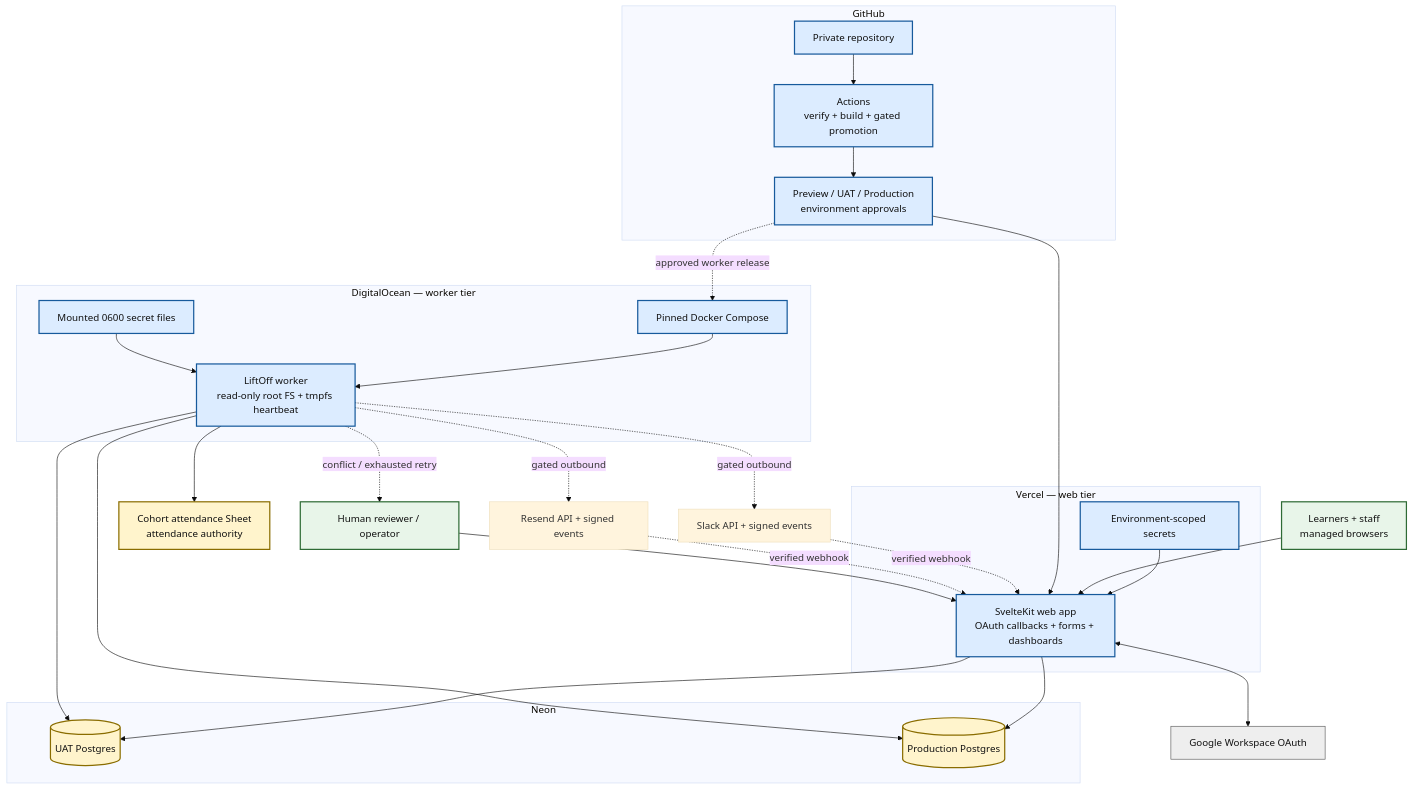
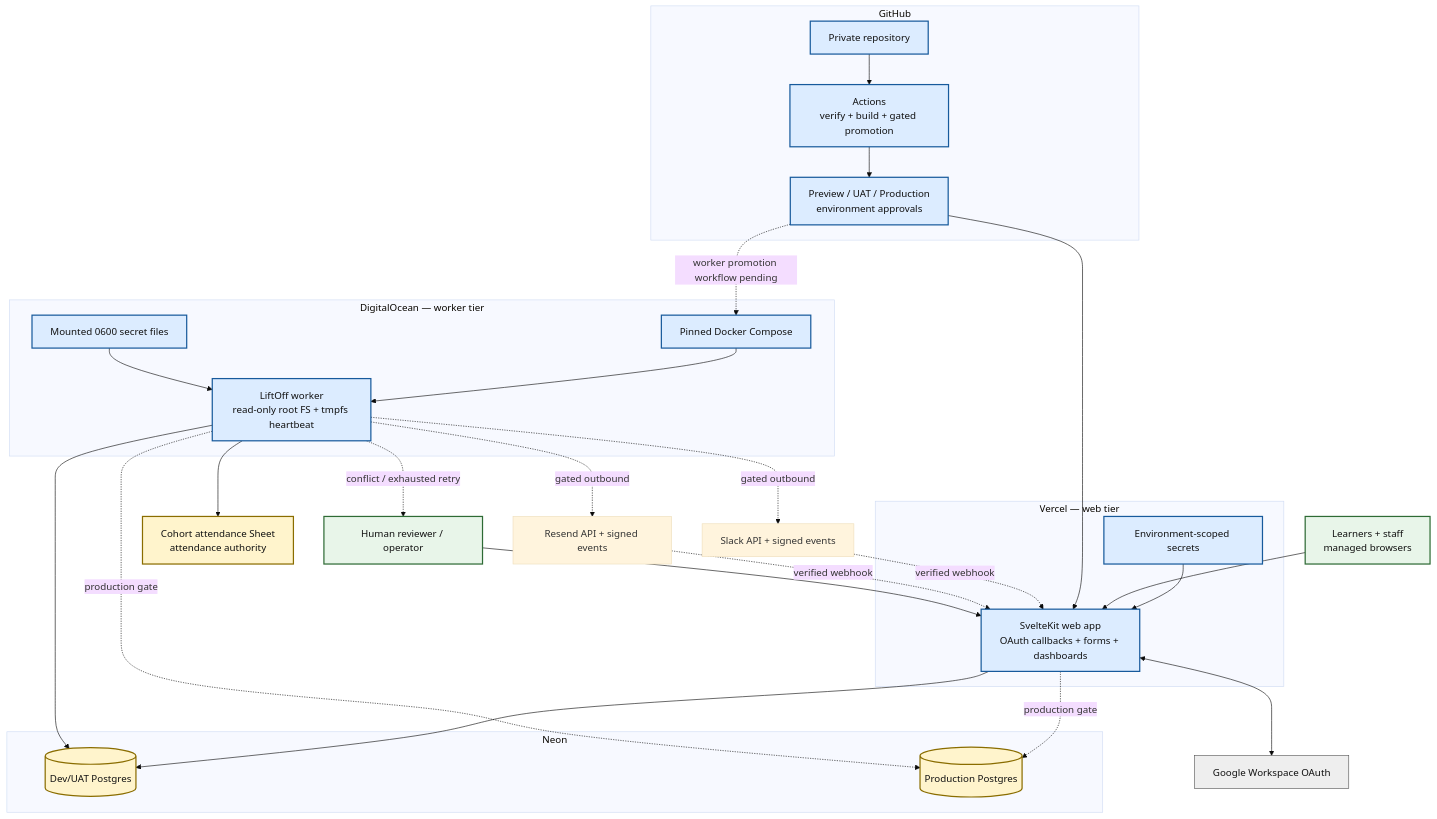
Before and after one commit to iCre8/liftoff-ops: the fourth of 13 diagrams in project-notes/system-architecture.md, drawn with Mermaid (base theme). The commit also changed other lines of this file and 3 other files, not shown here.

Commit message:
Close Gate 4 with UAT worker evidence

````diff
--- a/project-notes/system-architecture.md
+++ b/project-notes/system-architecture.md
@@ -162,63 +162,63 @@
 ```mermaid
 flowchart TB
     users["Learners + staff\nmanaged browsers"]
 
     subgraph github["GitHub"]
         repo["Private repository"]
         actions["Actions\nverify + build + gated promotion"]
         envs["Preview / UAT / Production\nenvironment approvals"]
         repo --> actions --> envs
     end
 
     subgraph vercel["Vercel — web tier"]
         web["SvelteKit web app\nOAuth callbacks + forms + dashboards"]
         webSecrets["Environment-scoped secrets"]
         webSecrets --> web
     end
 
     subgraph neon["Neon"]
-        uatdb[("UAT Postgres")]
+        uatdb[("Dev/UAT Postgres")]
         proddb[("Production Postgres")]
     end
 
     subgraph digitalocean["DigitalOcean — worker tier"]
         compose["Pinned Docker Compose"]
         worker["LiftOff worker\nread-only root FS + tmpfs heartbeat"]
         workerSecrets["Mounted 0600 secret files"]
         compose --> worker
         workerSecrets --> worker
     end
 
     google["Google Workspace OAuth"]
     sheet["Cohort attendance Sheet\nattendance authority"]
     slack["Slack API + signed events"]
     resend["Resend API + signed events"]
     reviewer["Human reviewer / operator"]
 
     users --> web
     web <--> google
     web --> uatdb
-    web --> proddb
+    web -. "production gate" .-> proddb
     envs --> web
-    envs -. "approved worker release" .-> compose
+    envs -. "worker promotion workflow pending" .-> compose
     worker --> uatdb
-    worker --> proddb
+    worker -. "production gate" .-> proddb
     worker --> sheet
     worker -. "gated outbound" .-> slack
     worker -. "gated outbound" .-> resend
     slack -. "verified webhook" .-> web
     resend -. "verified webhook" .-> web
     worker -. "conflict / exhausted retry" .-> reviewer
     reviewer --> web
 
     classDef person fill:#e8f5e9,stroke:#2e6b35,stroke-width:2px,color:#111;
     classDef app fill:#dcecff,stroke:#175a9c,stroke-width:2px,color:#111;
     classDef truth fill:#fff4cc,stroke:#8a6d00,stroke-width:2px,color:#111;
     classDef external fill:#eeeeee,stroke:#555,stroke-width:1px,color:#111;
     classDef gated stroke:#b42318,stroke-width:2px,stroke-dasharray:6 4;
     class users,reviewer person;
     class repo,actions,envs,web,webSecrets,compose,worker,workerSecrets app;
     class uatdb,proddb,sheet truth;
     class google external;
     class slack,resend external,gated;
 ```
````
